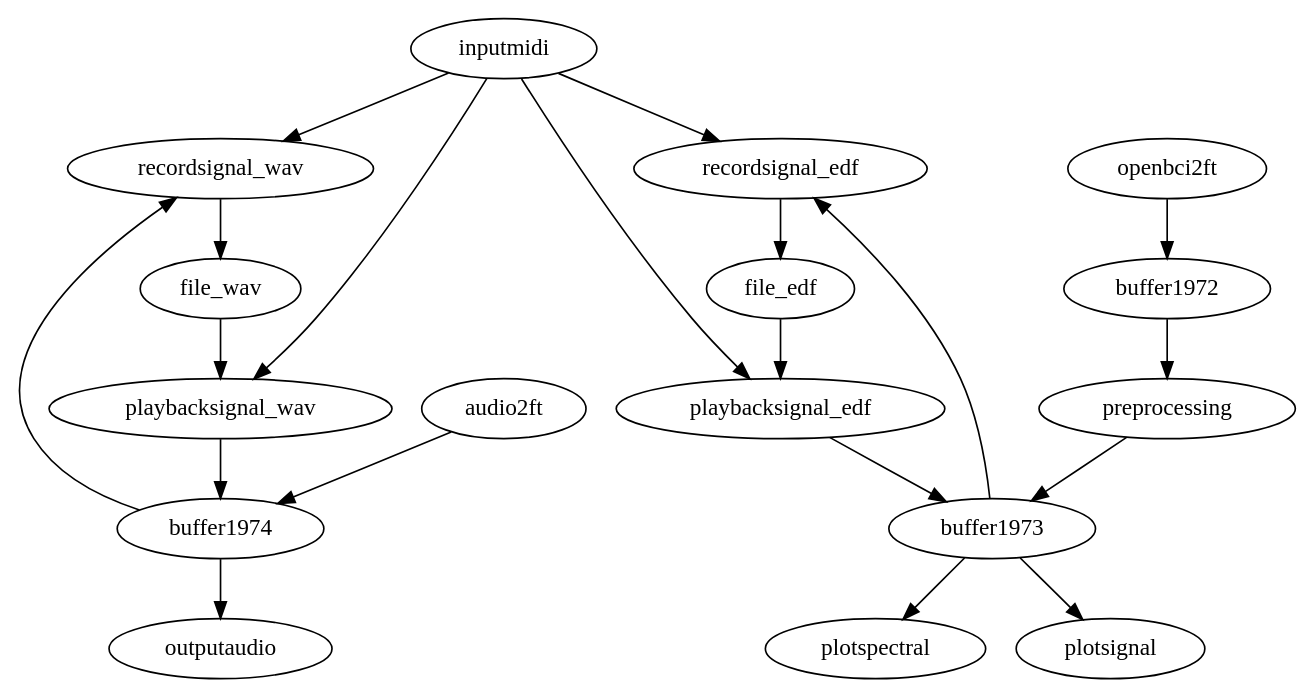
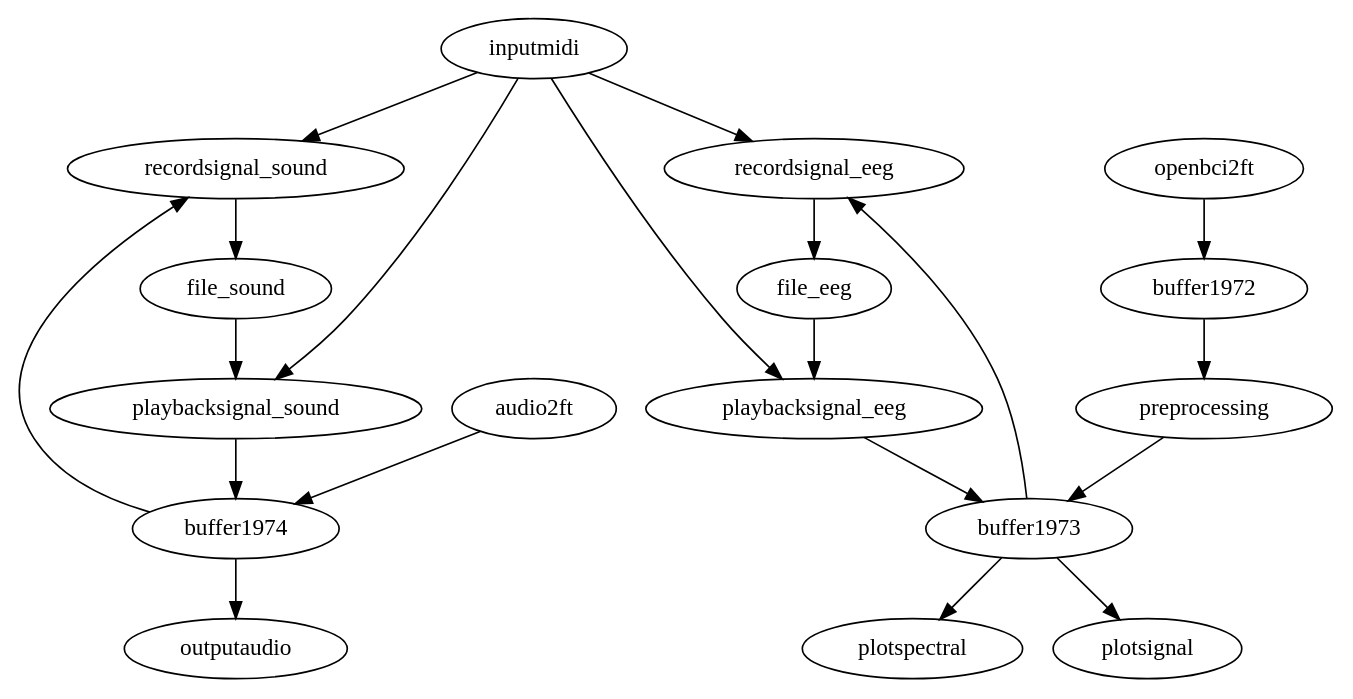
Before and after one commit to eegsynth/eegsynth: the diagram in patches/caroltrio/patch.dot, drawn with Graphviz. The commit also changed 17 other files, not shown here.

Commit message:
added plottigger, renamed wav/edf into sound/eeg (since both might go into an edf file). Updated the readme.

```diff
--- a/patches/caroltrio/patch.dot
+++ b/patches/caroltrio/patch.dot
@@ -1,18 +1,18 @@
 # To convert this into a bitmap representation, do this
 #   dot -Tpng -o patch.png patch.dot
 #
 digraph {
-  inputmidi -> recordsignal_edf -> file_edf;
-  inputmidi -> recordsignal_wav -> file_wav;
-  inputmidi -> playbacksignal_edf;
-  inputmidi -> playbacksignal_wav;
+  inputmidi -> recordsignal_eeg -> file_eeg;
+  inputmidi -> recordsignal_sound -> file_sound;
+  inputmidi -> playbacksignal_eeg;
+  inputmidi -> playbacksignal_sound;
   openbci2ft -> buffer1972 -> preprocessing -> buffer1973;
   audio2ft -> buffer1974;
   buffer1973 -> plotsignal;
   buffer1973 -> plotspectral;
-  buffer1973 -> recordsignal_edf;
-  buffer1974 -> recordsignal_wav;
+  buffer1973 -> recordsignal_eeg;
+  buffer1974 -> recordsignal_sound;
   buffer1974 -> outputaudio;
-  file_edf ->  playbacksignal_edf -> buffer1973;
-  file_wav -> playbacksignal_wav -> buffer1974;
+  file_eeg ->  playbacksignal_eeg -> buffer1973;
+  file_sound -> playbacksignal_sound -> buffer1974;
 }
```
